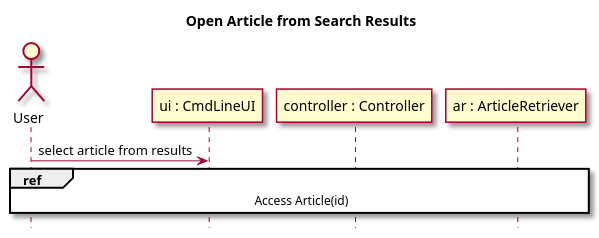
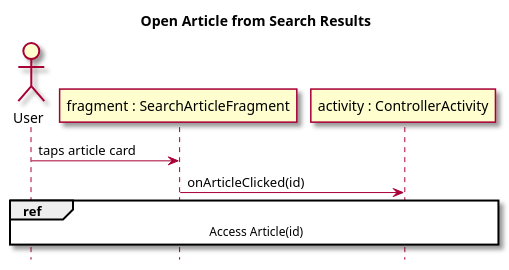
Before and after one commit to owhitleym-ui/EcoScoop: the sixth of 6 diagrams in intellij/doc/use-cases/search-article.md, drawn with PlantUML. The commit also changed other lines of this file and 12 other files, not shown here.

Commit message:
Updated documentation, class diagram, use cases, and readme

````diff
--- a/intellij/doc/use-cases/search-article.md
+++ b/intellij/doc/use-cases/search-article.md
@@ -212,18 +189,19 @@
 ```plantuml
 @startuml
 skin rose
 hide footbox
 title Open Article from Search Results
 
 actor User as user
-participant "ui : CmdLineUI" as UI
-participant "controller : Controller" as controller
-participant "ar : ArticleRetriever" as AR
+participant "fragment : SearchArticleFragment" as UI
+participant "activity : ControllerActivity" as controller
 
-user -> UI : select article from results
-ref over user, UI, controller, AR
+user -> UI : taps article card
+UI -> controller : onArticleClicked(id)
+
+ref over user, UI, controller
   Access Article(id)
 end ref
 
 @enduml
 ```
````
